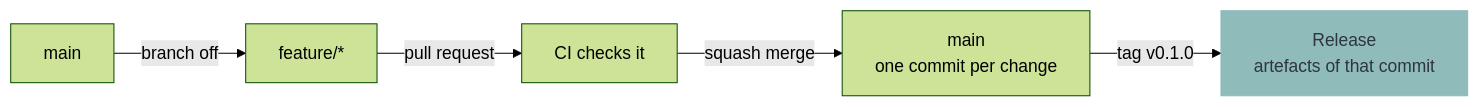
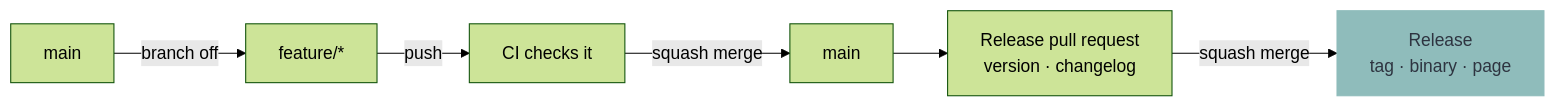
One commit to murkl/oak changed the first of 2 diagrams in docs/CONTRIBUTING.md. Above: the diagram before and after it, drawn with Mermaid (forest theme). The commit also changed other lines of this file and 8 other files, not shown here.

Commit message:
ci: write the version and the release out of what lands on main

````diff
--- a/docs/CONTRIBUTING.md
+++ b/docs/CONTRIBUTING.md
@@ -9,9 +9,10 @@
 ```mermaid
 flowchart LR
     M["main"] -->|branch off| F["feature/*"]
-    F -->|pull request| C["CI checks it"]
-    C -->|squash merge| M2["main<br/>one commit per change"]
-    M2 -->|tag v0.1.0| R["Release<br/>artefacts of that commit"]
+    F -->|push| C["CI checks it"]
+    C -->|squash merge| M2["main"]
+    M2 --> P["Release pull request<br/>version · changelog"]
+    P -->|squash merge| R["Release<br/>tag · binary · page"]
 
     style R fill:#8fbcbb,stroke:#8fbcbb,color:#2e3440
 ```
````
